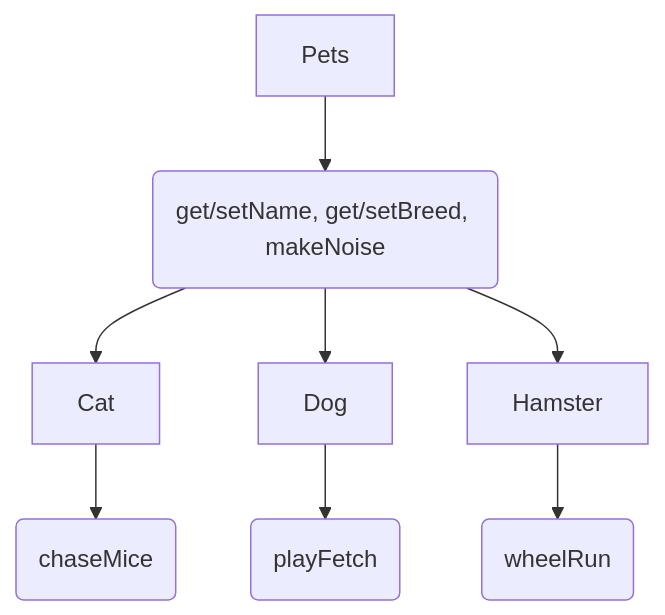
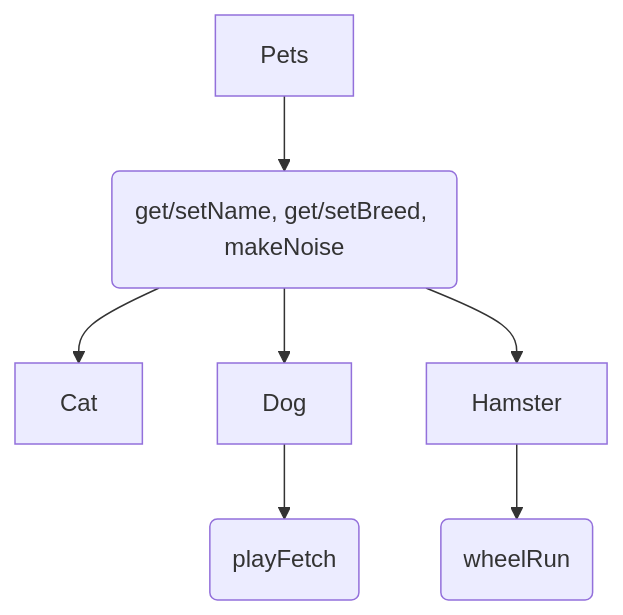
Before and after one commit to CSU-CS162/Lab04PetStore: the diagram in README.md, drawn with Mermaid.

````diff
--- a/README.md
+++ b/README.md
@@ -5,7 +5,7 @@
 ```mermaid
 graph TD;
     A[Pets]--> E(get/setName, get/setBreed, makeNoise);
-    E --> B[Cat] --> F(chaseMice);
+    E --> B[Cat];
     E --> C[Dog] -->G(playFetch);
     E --> D[Hamster] --> H(wheelRun);
 ```
````
